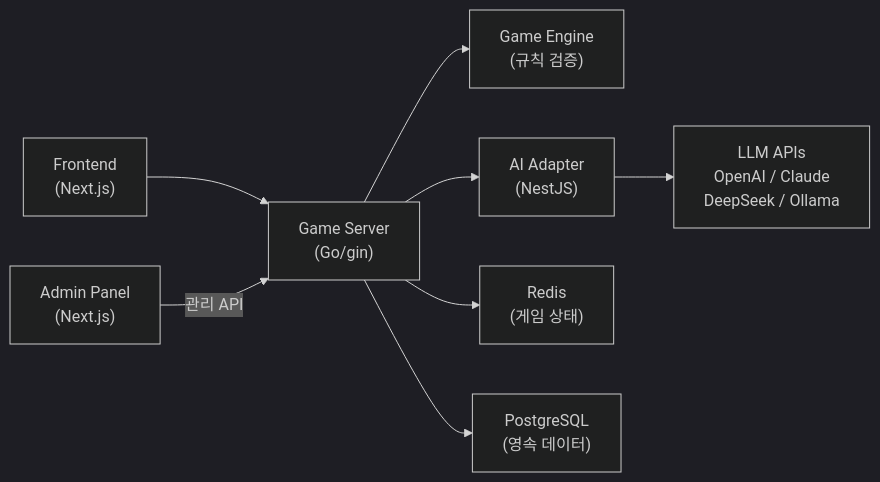
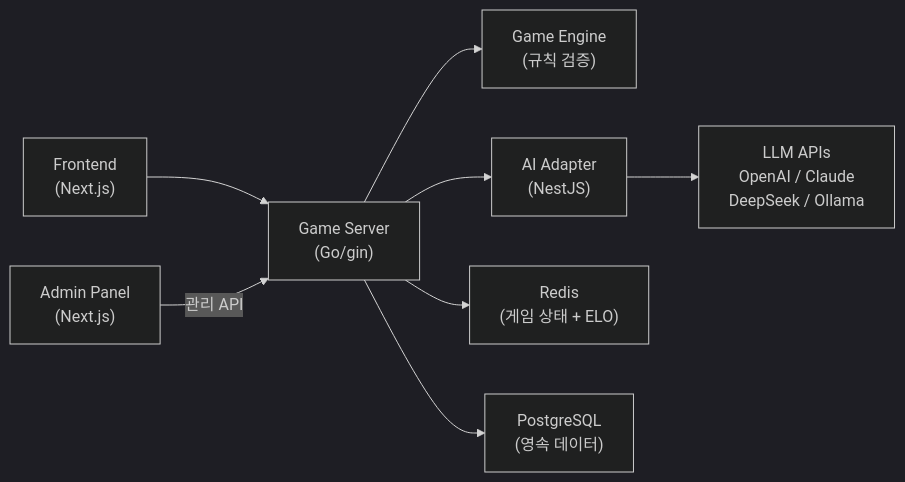
Before and after one commit to k82022603/RummiArena: the diagram in README.md, drawn with Mermaid (dark theme). The commit also changed other lines of this file and 17 other files, not shown here.

````diff
--- a/README.md
+++ b/README.md
@@ -8,9 +18,9 @@
 ```mermaid
 graph LR
     FE["Frontend\n(Next.js)"] --> GS["Game Server\n(Go/gin)"]
     GS --> Engine["Game Engine\n(규칙 검증)"]
     GS --> AI["AI Adapter\n(NestJS)"] --> LLM["LLM APIs\nOpenAI / Claude\nDeepSeek / Ollama"]
-    GS --> Redis["Redis\n(게임 상태)"]
+    GS --> Redis["Redis\n(게임 상태 + ELO)"]
     GS --> PG["PostgreSQL\n(영속 데이터)"]
     Admin["Admin Panel\n(Next.js)"] -->|관리 API| GS
 ```
````
